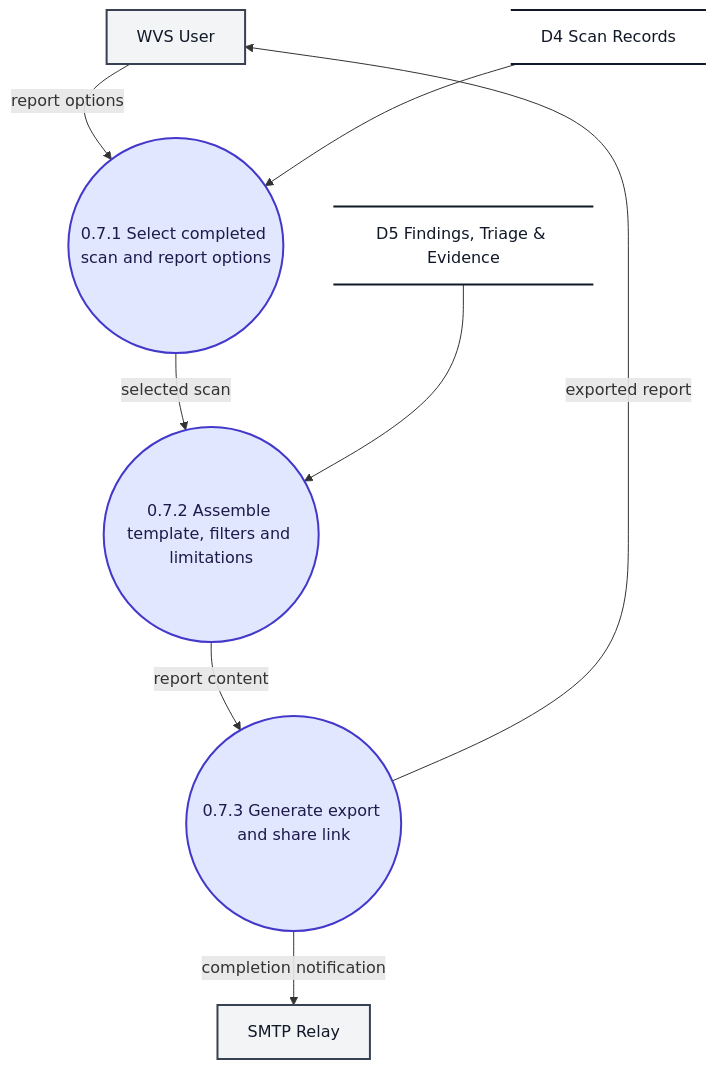
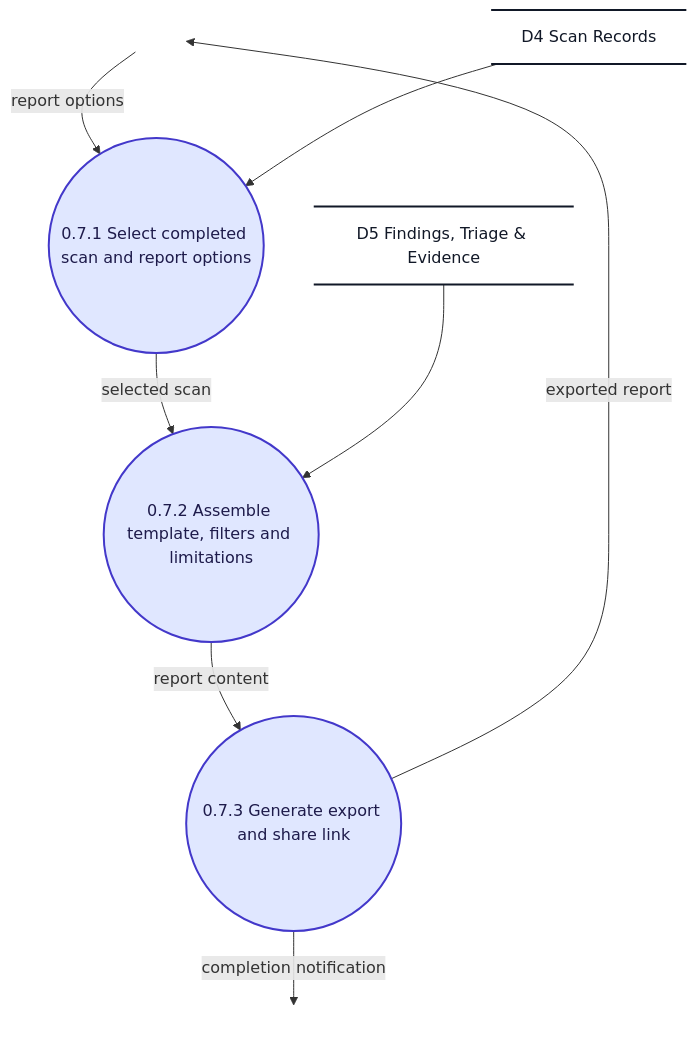
The diagram in docs/dfd/mermaid/f.7.mmd (ksacheth/software-engineering), drawn with Mermaid before and after one commit. The commit also changed 19 other files, not shown here.

First line of the commit message:
docs(dfd): align level-2 DFDs and report format with textbook and peer reference

```diff
--- a/docs/dfd/mermaid/f.7.mmd
+++ b/docs/dfd/mermaid/f.7.mmd
@@ -1,29 +1,31 @@
 flowchart TD
     %% Level 2 DFD - F.7 Reporting and Export
+    %% External entities appear only in the Level 0 context diagram
+    %% (Rajib Mall, Ch. 6); boundary arrows carry cross-boundary flows.
 
-    User["WVS User"]
-    SMTP["SMTP Relay"]
+    B_User[" "]
+    B_SMTP[" "]
 
     P71(("0.7.1 Select completed scan and report options"))
     P72(("0.7.2 Assemble template, filters and limitations"))
     P73(("0.7.3 Generate export and share link"))
 
     D4@{ shape: datastore, label: "D4 Scan Records" }
     D5@{ shape: datastore, label: "D5 Findings, Triage & Evidence" }
 
-    User -->|"report options"| P71
+    B_User -->|"report options"| P71
     P71 -->|"selected scan"| P72
     P72 -->|"report content"| P73
-    P73 -->|"exported report"| User
+    P73 -->|"exported report"| B_User
 
     D4 --> P71
     D5 --> P72
-    P73 -->|"completion notification"| SMTP
+    P73 -->|"completion notification"| B_SMTP
 
     %% Styling
     classDef process fill:#e0e7ff,stroke:#4338ca,stroke-width:2px,color:#1e1b4b;
-    classDef entity fill:#f3f4f6,stroke:#374151,stroke-width:2px,color:#111827;
     classDef store fill:transparent,stroke:#111827,stroke-width:2px,color:#111827;
+    classDef boundary fill:transparent,stroke:transparent,color:transparent;
     class P71,P72,P73 process;
-    class User,SMTP entity;
     class D4,D5 store;
+    class B_User,B_SMTP boundary;
```
